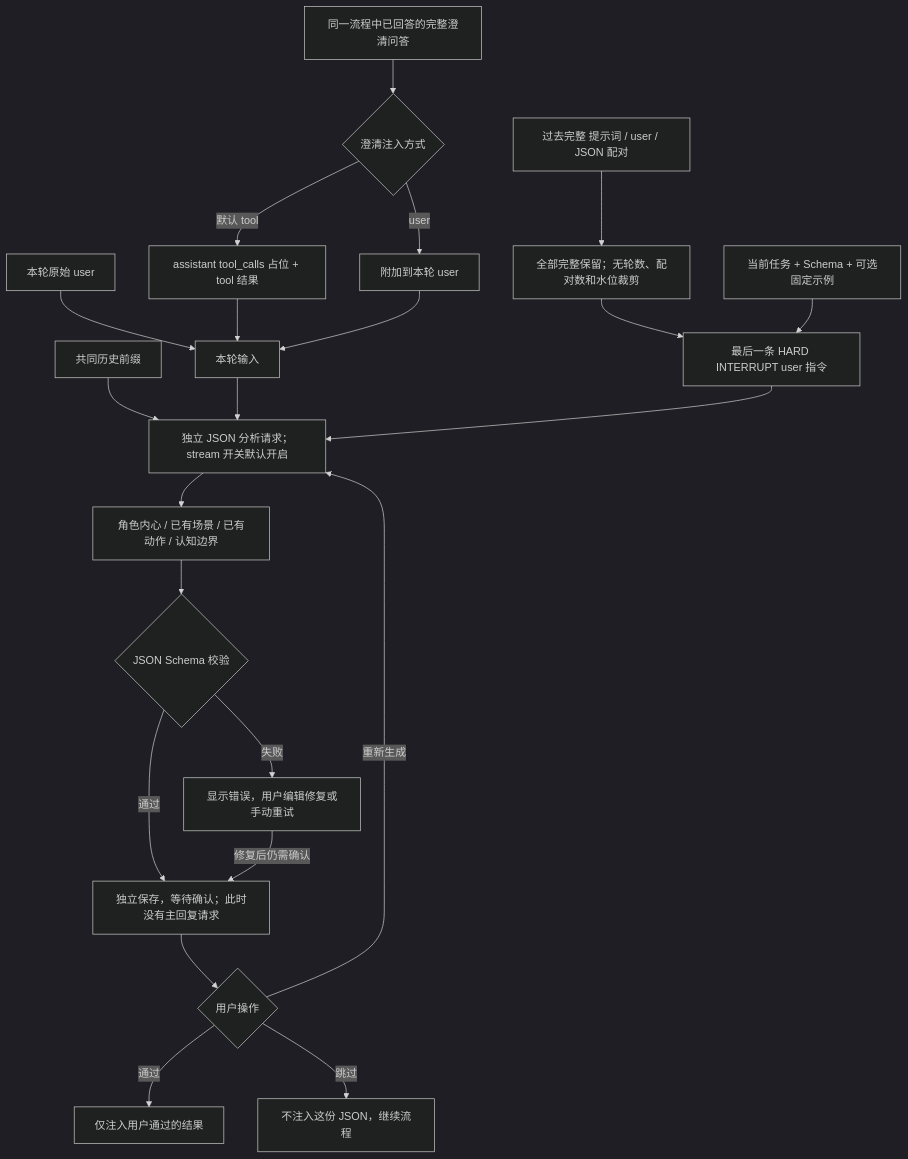
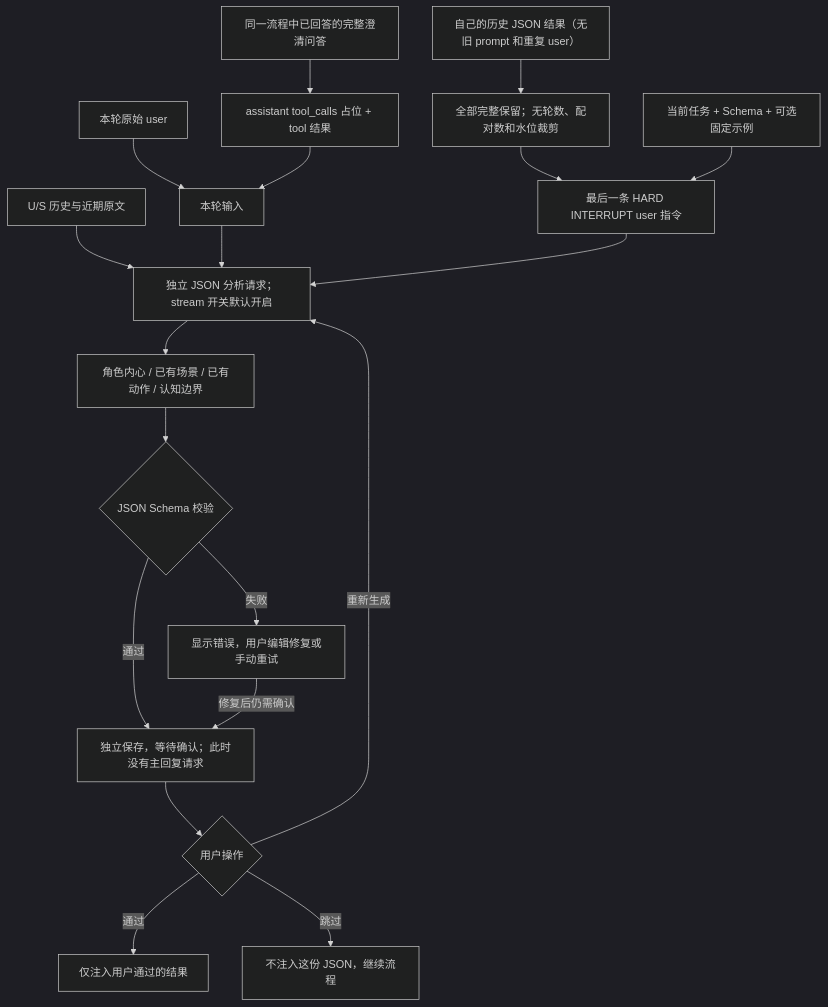
Before and after one commit to ccawmiku/workers-chat: the third of 8 diagrams in docs/PLUGINS.md, drawn with Mermaid (dark theme). The commit also changed other lines of this file and 30 other files, not shown here.

````diff
--- a/docs/PLUGINS.md
+++ b/docs/PLUGINS.md
@@ -95,24 +79,21 @@
 ```mermaid
 flowchart TD
-    H[共同历史前缀] --> Request[独立 JSON 分析请求；stream 开关默认开启]
+    H[U/S 历史与近期原文] --> Request[独立 JSON 分析请求；stream 开关默认开启]
     U[本轮原始 user] --> Context[本轮输入]
-    Q[同一流程中已回答的完整澄清问答] --> Mode{澄清注入方式}
-    Mode -->|默认 tool| Tool[assistant tool_calls 占位 + tool 结果]
-    Mode -->|user| Append[附加到本轮 user]
+    Q[同一流程中已回答的完整澄清问答] --> Tool[assistant tool_calls 占位 + tool 结果]
     Tool --> Context
-    Append --> Context
     Context --> Request
-    Old[过去完整 提示词 / user / JSON 配对] --> Limit[全部完整保留；无轮数、配对数和水位裁剪]
+    Old[自己的历史 JSON 结果（无旧 prompt 和重复 user）] --> Limit[全部完整保留；无轮数、配对数和水位裁剪]
     Limit --> Tail[最后一条 HARD INTERRUPT user 指令]
     Prompt[当前任务 + Schema + 可选固定示例] --> Tail
     Tail --> Request
     Request --> Result[角色内心 / 已有场景 / 已有动作 / 认知边界]
     Result --> Validate{JSON Schema 校验}
     Validate -->|通过| Store[独立保存，等待确认；此时没有主回复请求]
     Store --> Choice{用户操作}
     Choice -->|重新生成| Request
     Choice -->|通过| Inject[仅注入用户通过的结果]
     Choice -->|跳过| Skip[不注入这份 JSON，继续流程]
     Validate -->|失败| Fix[显示错误，用户编辑修复或手动重试]
     Fix -->|修复后仍需确认| Store
 ```
````
